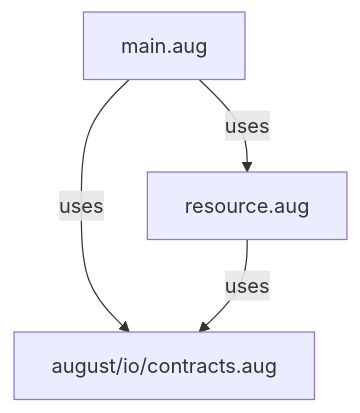
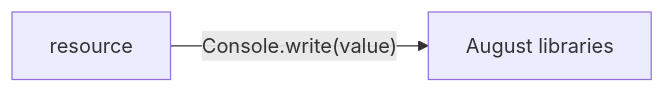
The second of 2 diagrams in docs/examples/ownership-transfer/diagrams/index.md (GreenPandaStudios/augscript), drawn with Mermaid before and after one commit. The commit also changed other lines of this file and 524 other files, not shown here.

Commit message:
Explain checked data flow at folder and service levels

````diff
--- a/docs/examples/ownership-transfer/diagrams/index.md
+++ b/docs/examples/ownership-transfer/diagrams/index.md
@@ -30,9 +30,6 @@
 ```mermaid
-flowchart TD
-    n0["august/io/contracts.aug"]
-    n1["main.aug"]
-    n2["resource.aug"]
-    n1 -->|"uses"| n0
-    n1 -->|"uses"| n2
-    n2 -->|"uses"| n0
+flowchart LR
+    n0["August libraries"]
+    n1["resource"]
+    n1 -->|"Console.write(value)"| n0
 ```
````
